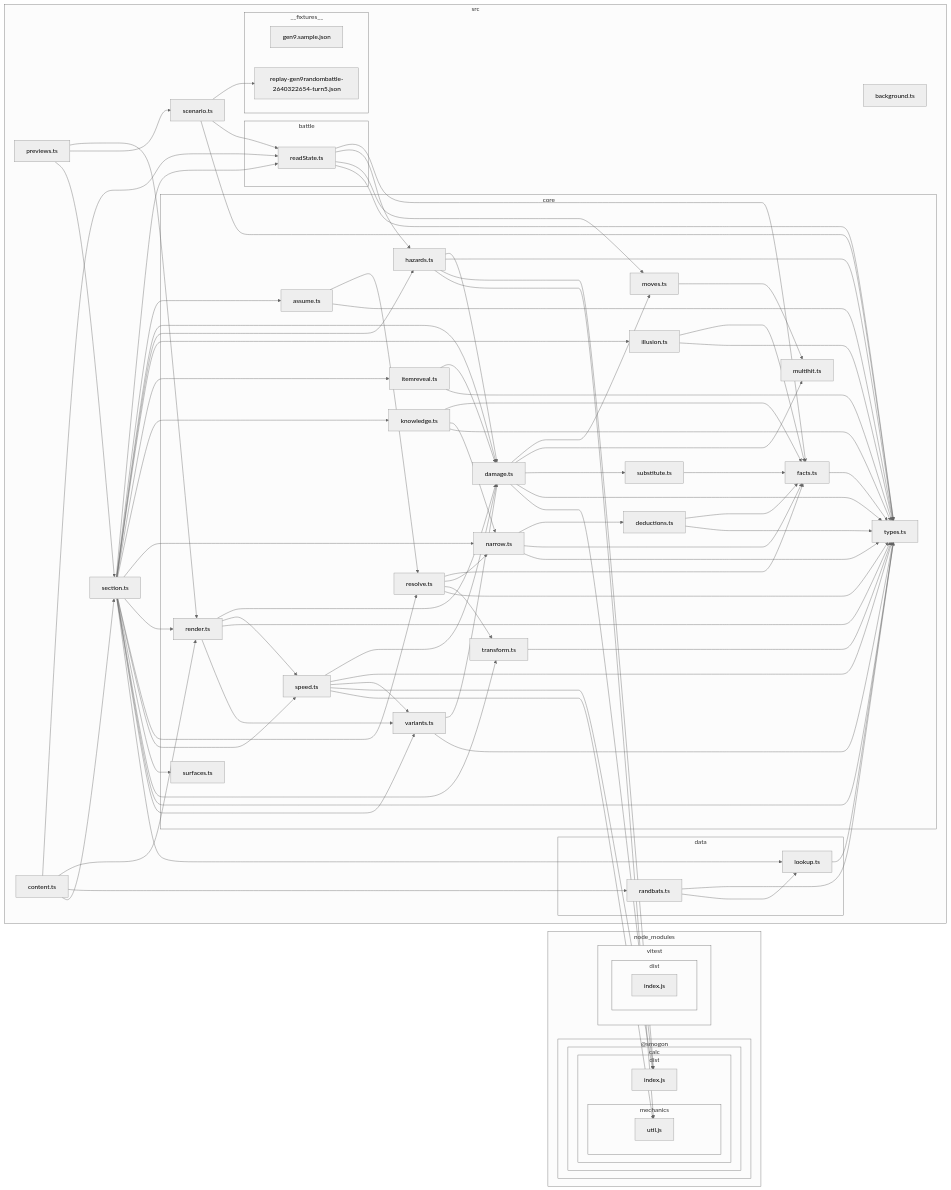
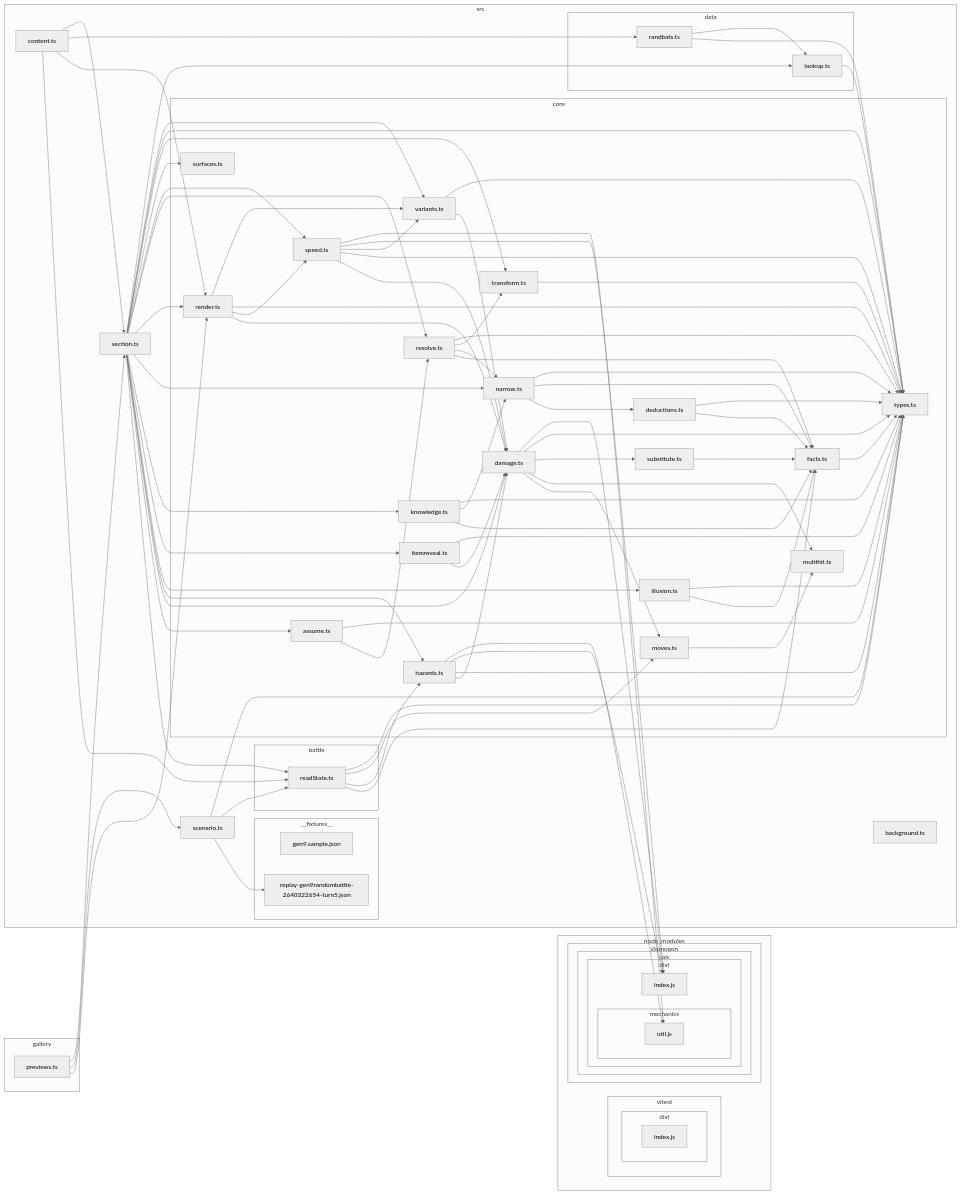
The diagram in docs/architecture-graph.md (seanaujong/hi-chu), drawn with Mermaid (neutral theme) before and after one commit. The commit also changed 9 other files, not shown here.

````diff
--- a/docs/architecture-graph.md
+++ b/docs/architecture-graph.md
@@ -16,135 +16,137 @@
 ```mermaid
 flowchart LR
 
-subgraph 0["src"]
-1["background.ts"]
-subgraph 6["battle"]
-7["readState.ts"]
+subgraph 0["gallery"]
+1["previews.ts"]
 end
-subgraph 8["core"]
-9["facts.ts"]
-A["types.ts"]
-B["hazards.ts"]
-I["damage.ts"]
-J["moves.ts"]
-K["multihit.ts"]
-L["substitute.ts"]
-N["render.ts"]
-O["speed.ts"]
-P["variants.ts"]
-U["assume.ts"]
-V["resolve.ts"]
-W["narrow.ts"]
-X["deductions.ts"]
-Y["transform.ts"]
-Z["illusion.ts"]
-10["itemreveal.ts"]
-11["knowledge.ts"]
-12["surfaces.ts"]
+subgraph 2["src"]
+subgraph 3["core"]
+4["render.ts"]
+5["damage.ts"]
+B["moves.ts"]
+C["multihit.ts"]
+D["substitute.ts"]
+E["facts.ts"]
+F["types.ts"]
+G["speed.ts"]
+J["variants.ts"]
+P["hazards.ts"]
+R["assume.ts"]
+S["resolve.ts"]
+T["narrow.ts"]
+U["deductions.ts"]
+V["transform.ts"]
+W["illusion.ts"]
+X["itemreveal.ts"]
+Y["knowledge.ts"]
+Z["surfaces.ts"]
 end
-M["content.ts"]
-subgraph Q["data"]
-R["randbats.ts"]
-S["lookup.ts"]
+K["scenario.ts"]
+subgraph L["__fixtures__"]
+M["replay-gen9randombattle-2640322654-turn5.json"]
+18["gen9.sample.json"]
 end
-T["section.ts"]
-subgraph 13["__fixtures__"]
-14["gen9.sample.json"]
-17["replay-gen9randombattle-2640322654-turn5.json"]
+subgraph N["battle"]
+O["readState.ts"]
 end
-15["previews.ts"]
-16["scenario.ts"]
+Q["section.ts"]
+subgraph 10["data"]
+11["lookup.ts"]
+17["randbats.ts"]
 end
-subgraph 2["node_modules"]
-subgraph 3["vitest"]
-subgraph 4["dist"]
-5["index.js"]
+12["background.ts"]
+16["content.ts"]
 end
-end
-subgraph C["@smogon"]
-subgraph D["calc"]
-subgraph E["dist"]
-F["index.js"]
-subgraph G["mechanics"]
-H["util.js"]
+subgraph 6["node_modules"]
+subgraph 7["@smogon"]
+subgraph 8["calc"]
+subgraph 9["dist"]
+A["index.js"]
+subgraph H["mechanics"]
+I["util.js"]
 end
 end
 end
 end
+subgraph 13["vitest"]
+subgraph 14["dist"]
+15["index.js"]
 end
-7-->9
-7-->B
-7-->J
-7-->A
-9-->A
-B-->I
-B-->A
-B-->F
-B-->H
-I-->J
-I-->K
-I-->L
-I-->A
-I-->F
-J-->K
-L-->9
-M-->7
-M-->N
-M-->R
-M-->T
-N-->I
-N-->O
-N-->A
-N-->P
-O-->I
-O-->A
+end
+end
+1-->4
+1-->K
+1-->Q
+4-->5
+4-->G
+4-->F
+4-->J
+5-->B
+5-->C
+5-->D
+5-->F
+5-->A
+B-->C
+D-->E
+E-->F
+G-->5
+G-->F
+G-->J
+G-->A
+G-->I
+J-->5
+J-->F
+K-->M
+K-->O
+K-->F
+O-->E
 O-->P
+O-->B
 O-->F
-O-->H
+P-->5
+P-->F
+P-->A
 P-->I
-P-->A
-R-->A
+Q-->O
+Q-->R
+Q-->5
+Q-->P
+Q-->W
+Q-->X
+Q-->Y
+Q-->T
+Q-->4
+Q-->S
+Q-->G
+Q-->Z
+Q-->V
+Q-->F
+Q-->J
+Q-->11
 R-->S
-S-->A
-T-->7
+R-->F
+S-->E
+S-->T
+S-->V
+S-->F
 T-->U
-T-->I
-T-->B
-T-->Z
-T-->10
-T-->11
-T-->W
-T-->N
-T-->V
-T-->O
-T-->12
-T-->Y
-T-->A
-T-->P
-T-->S
-U-->V
-U-->A
-V-->9
-V-->W
-V-->Y
-V-->A
-W-->X
-W-->9
-W-->A
-X-->9
-X-->A
-Y-->A
-Z-->9
-Z-->A
-10-->I
-10-->A
-11-->9
-11-->W
-11-->A
-15-->N
-15-->16
-15-->T
+T-->E
+T-->F
+U-->E
+U-->F
+V-->F
+W-->E
+W-->F
+X-->5
+X-->F
+Y-->E
+Y-->T
+Y-->F
+11-->F
+16-->O
+16-->4
 16-->17
-16-->7
-16-->A
+16-->Q
+17-->F
+17-->11
 ```
````
